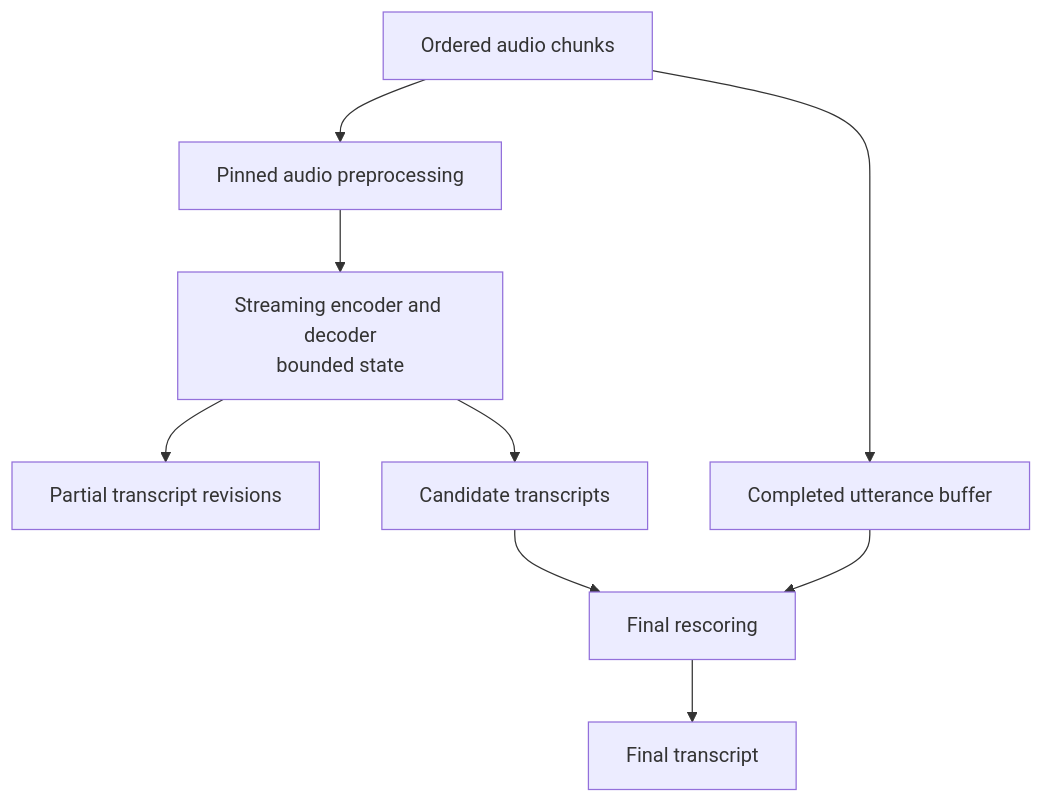
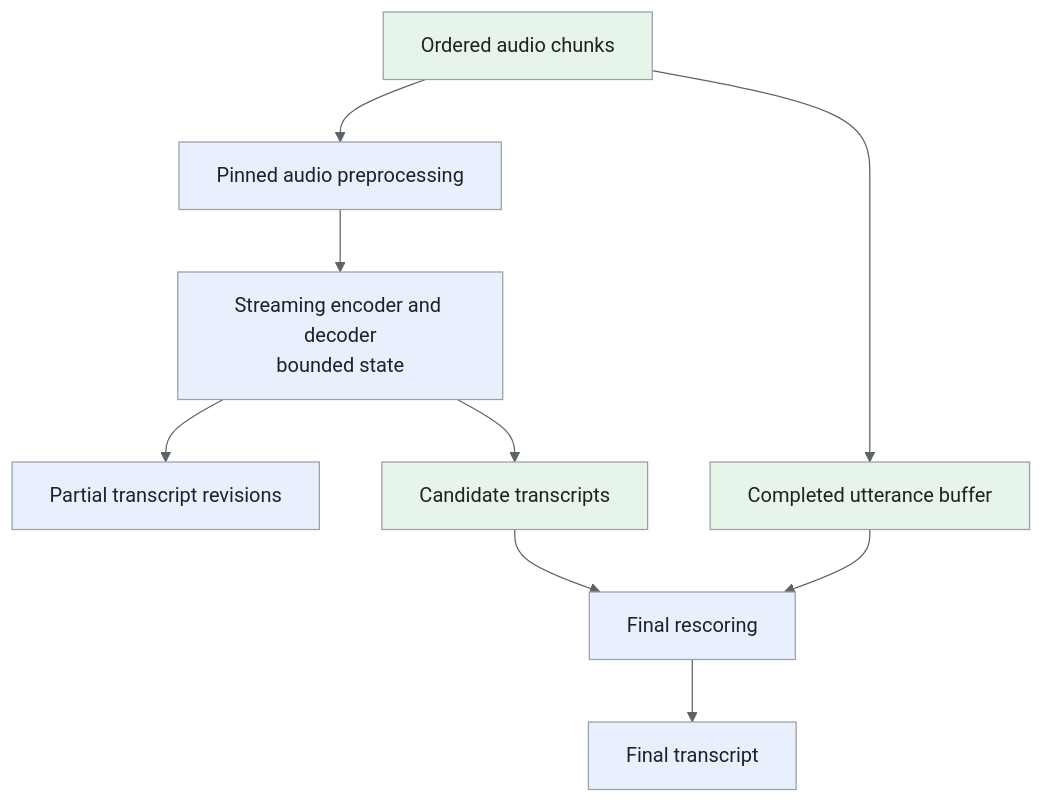
One commit to iliazlobin/iliazlobin.github.io changed the third of 3 diagrams in _designs/ml-system-design-speech-recognition-asr.md. Above: the diagram before and after it, drawn with Mermaid. The commit also changed other lines of this file and 25 other files, not shown here.

Commit message:
docs: explain Batch B design flows and tradeoffs

````diff
--- a/_designs/ml-system-design-speech-recognition-asr.md
+++ b/_designs/ml-system-design-speech-recognition-asr.md
@@ -216,11 +266,18 @@
 ```mermaid
+%%{init: {'theme':'base','themeVariables':{'primaryColor':'#e8f0fe','primaryTextColor':'#202124','primaryBorderColor':'#9aa0a6','lineColor':'#5f6368','secondaryColor':'#e6f4ea','tertiaryColor':'#fef7e0','actorBkg':'#e8f0fe','actorBorder':'#9aa0a6','actorTextColor':'#202124','noteBkgColor':'#fef7e0','noteTextColor':'#202124','noteBorderColor':'#9aa0a6','signalColor':'#5f6368','signalTextColor':'#202124','labelBoxBkgColor':'#fef7e0','labelBoxBorderColor':'#9aa0a6'}}}%%
 flowchart TB
     A["Ordered audio chunks"] --> F["Pinned audio preprocessing"]
     F --> S["Streaming encoder and decoder<br>bounded state"]
     S --> P["Partial transcript revisions"]
     S --> N["Candidate transcripts"]
     A --> U["Completed utterance buffer"]
     N --> R["Final rescoring"]
     U --> R
     R --> X["Final transcript"]
+classDef request fill:#e8f0fe,stroke:#9aa0a6,color:#202124;
+classDef data fill:#e6f4ea,stroke:#9aa0a6,color:#202124;
+classDef control fill:#fef7e0,stroke:#9aa0a6,color:#202124;
+class F,S,P,R,X request;
+class A,N,U data;
+
 ```
````
